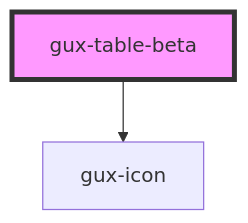
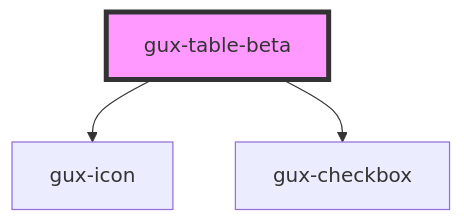
Before and after one commit to ueno-llc/genesys-webcomponents: the diagram in src/components/beta/gux-table/readme.md, drawn with Mermaid. The commit also changed other lines of this file and 5 other files, not shown here.

````diff
--- a/src/components/beta/gux-table/readme.md
+++ b/src/components/beta/gux-table/readme.md
@@ -33,5 +35,6 @@
 ```mermaid
 graph TD;
   gux-table-beta --> gux-icon
+  gux-table-beta --> gux-checkbox
   style gux-table-beta fill:#f9f,stroke:#333,stroke-width:4px
 ```
````
